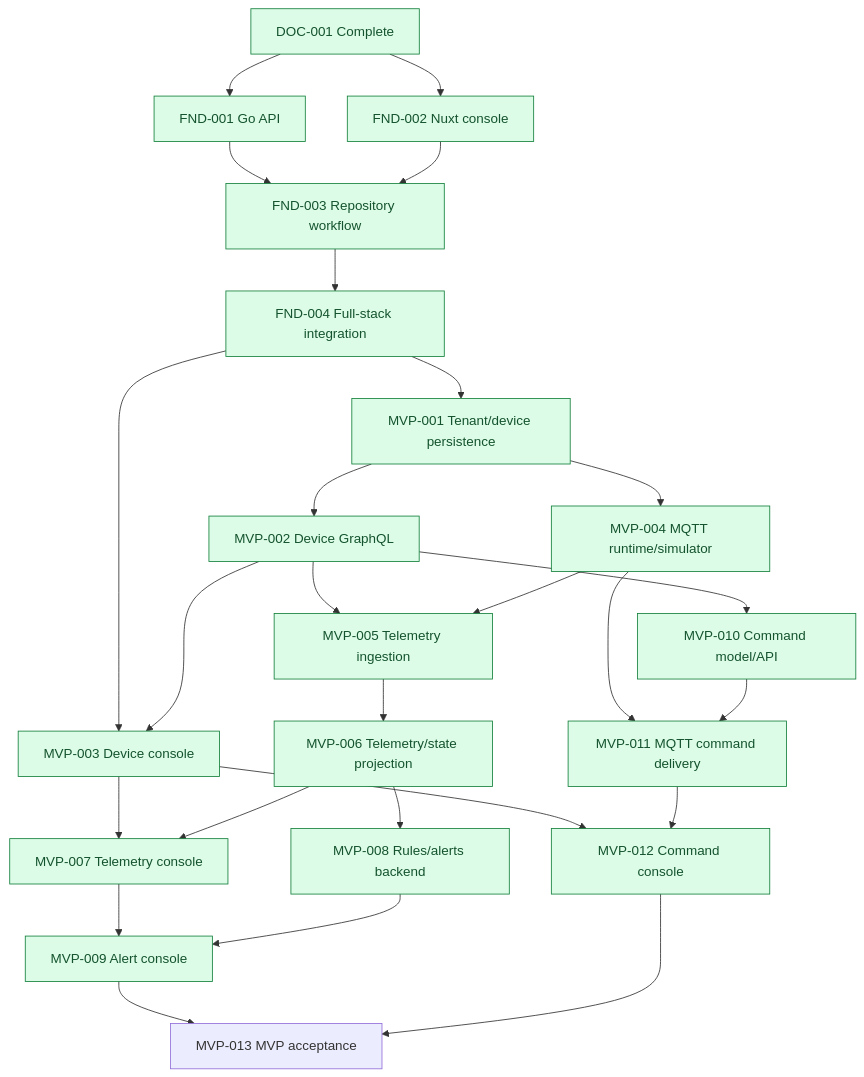
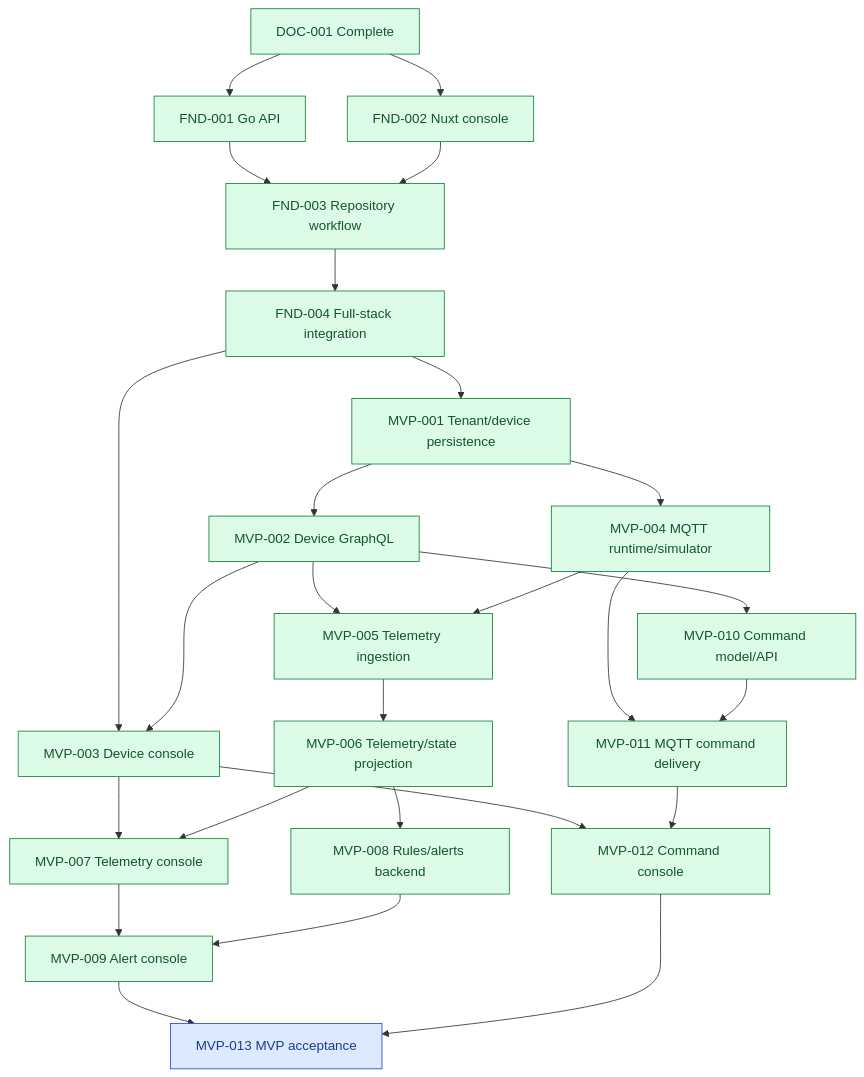
The second of 2 diagrams in docs/roadmap/roadmap.md (methat-ruk/pulsegrid), drawn with Mermaid before and after one commit. The commit also changed other lines of this file and 24 other files, not shown here.

````diff
--- a/docs/roadmap/roadmap.md
+++ b/docs/roadmap/roadmap.md
@@ -49,53 +51,55 @@
 ```mermaid
 flowchart TD
     DOC001[DOC-001 Complete] --> FND001[FND-001 Go API]
     DOC001 --> FND002[FND-002 Nuxt console]
     FND001 --> FND003[FND-003 Repository workflow]
     FND002 --> FND003
     FND003 --> FND004[FND-004 Full-stack integration]
 
     FND004 --> MVP001[MVP-001 Tenant/device persistence]
     MVP001 --> MVP002[MVP-002 Device GraphQL]
     FND004 --> MVP003[MVP-003 Device console]
     MVP002 --> MVP003
 
     MVP001 --> MVP004[MVP-004 MQTT runtime/simulator]
     MVP002 --> MVP005[MVP-005 Telemetry ingestion]
     MVP004 --> MVP005
     MVP005 --> MVP006[MVP-006 Telemetry/state projection]
     MVP003 --> MVP007[MVP-007 Telemetry console]
     MVP006 --> MVP007
 
     MVP006 --> MVP008[MVP-008 Rules/alerts backend]
     MVP007 --> MVP009[MVP-009 Alert console]
     MVP008 --> MVP009
 
     MVP002 --> MVP010[MVP-010 Command model/API]
     MVP004 --> MVP011[MVP-011 MQTT command delivery]
     MVP010 --> MVP011
     MVP003 --> MVP012[MVP-012 Command console]
     MVP011 --> MVP012
 
     MVP009 --> MVP013[MVP-013 MVP acceptance]
     MVP012 --> MVP013
 
     classDef complete fill:#DCFCE7,stroke:#15803D,color:#14532D;
     classDef progress fill:#FEF3C7,stroke:#B45309,color:#78350F;
+    classDef review fill:#DBEAFE,stroke:#1D4ED8,color:#1E3A8A;
     class DOC001 complete;
     class FND001 complete;
     class FND002 complete;
     class FND003 complete;
     class FND004 complete;
     class MVP001 complete;
     class MVP002 complete;
     class MVP003 complete;
     class MVP004 complete;
     class MVP005 complete;
     class MVP006 complete;
     class MVP007 complete;
     class MVP008 complete;
     class MVP009 complete;
     class MVP010 complete;
     class MVP011 complete;
     class MVP012 complete;
+    class MVP013 review;
 ```
````
